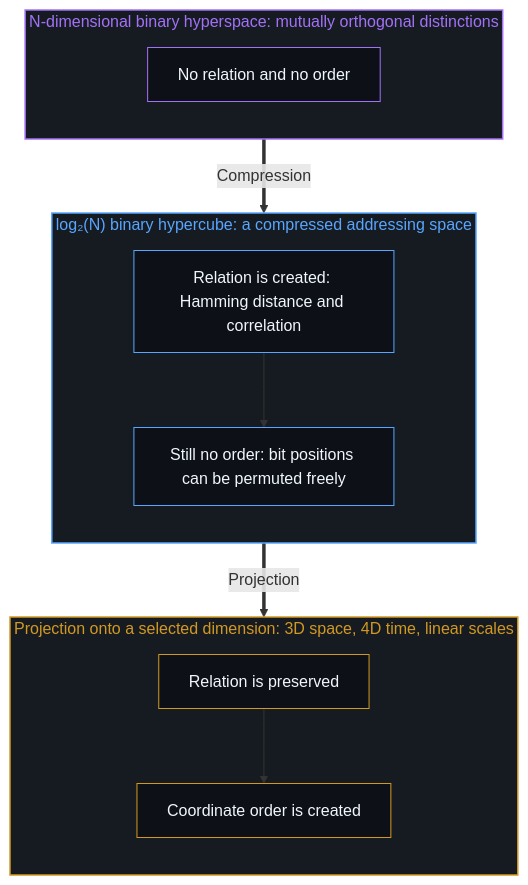
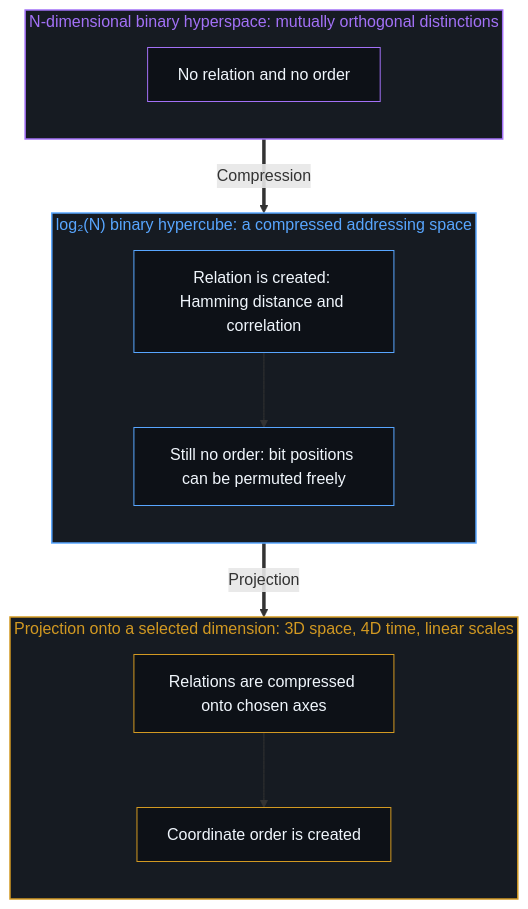
The second of 2 diagrams in content/posts/dimensions-are-projections.md (powerpig99/not-a-toe), drawn with Mermaid before and after one commit. The commit also changed other lines of this file and 5 other files, not shown here.

````diff
--- a/content/posts/dimensions-are-projections.md
+++ b/content/posts/dimensions-are-projections.md
@@ -87,29 +87,29 @@
 ```mermaid
 flowchart TD
     subgraph S_Hyper["N-dimensional binary hyperspace: mutually orthogonal distinctions"]
         direction TB
         H1["No relation and no order"]
     end
     subgraph S_Cube["log₂(N) binary hypercube: a compressed addressing space"]
         direction TB
         C1["Relation is created: Hamming distance and correlation"]
         C2["Still no order: bit positions can be permuted freely"]
     end
     subgraph S_Proj["Projection onto a selected dimension: 3D space, 4D time, linear scales"]
         direction TB
-        P1["Relation is preserved"]
+        P1["Relations are compressed onto chosen axes"]
         P2["Coordinate order is created"]
     end
     H1 ==>|"Compression"| C1
     C1 --> C2
     C2 ==>|"Projection"| P1
     P1 --> P2
     style S_Hyper fill:#161b22,stroke:#a371f7,stroke-width:1.5px,color:#a371f7
     style S_Cube fill:#161b22,stroke:#58a6ff,stroke-width:1.5px,color:#58a6ff
     style S_Proj fill:#161b22,stroke:#d29922,stroke-width:1.5px,color:#d29922
     style H1 fill:#0d1117,stroke:#a371f7,stroke-width:1px,color:#f0f6fc
     style C1 fill:#0d1117,stroke:#58a6ff,stroke-width:1px,color:#f0f6fc
     style C2 fill:#0d1117,stroke:#58a6ff,stroke-width:1px,color:#f0f6fc
     style P1 fill:#0d1117,stroke:#d29922,stroke-width:1px,color:#f0f6fc
     style P2 fill:#0d1117,stroke:#d29922,stroke-width:1px,color:#f0f6fc
 ```
````
